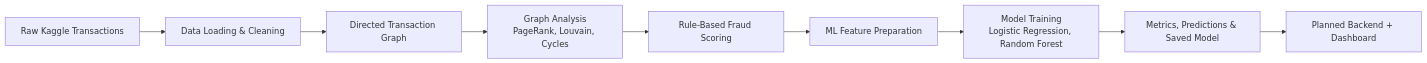
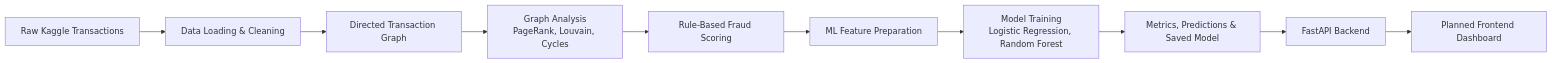
The diagram in README.md (ashmit-rana/FinGraph), drawn with Mermaid before and after one commit. The commit also changed other lines of this file and 9 other files, not shown here.

````diff
--- a/README.md
+++ b/README.md
@@ -82,11 +82,12 @@
 ```mermaid
 flowchart LR
     A["Raw Kaggle Transactions"] --> B["Data Loading & Cleaning"]
     B --> C["Directed Transaction Graph"]
     C --> D["Graph Analysis<br/>PageRank, Louvain, Cycles"]
     D --> E["Rule-Based Fraud Scoring"]
     E --> F["ML Feature Preparation"]
     F --> G["Model Training<br/>Logistic Regression, Random Forest"]
     G --> H["Metrics, Predictions & Saved Model"]
-    H --> I["Planned Backend + Dashboard"]
+    H --> I["FastAPI Backend"]
+    I --> J["Planned Frontend Dashboard"]
 ```
````
